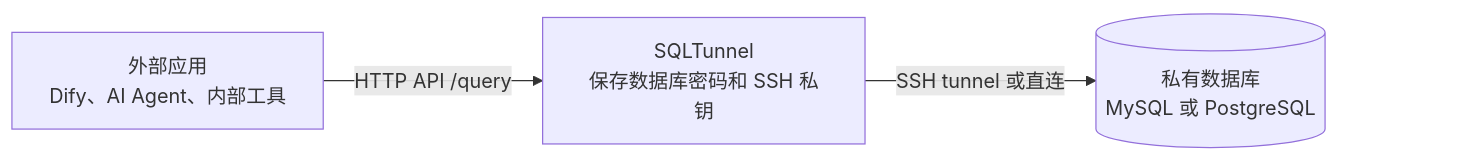
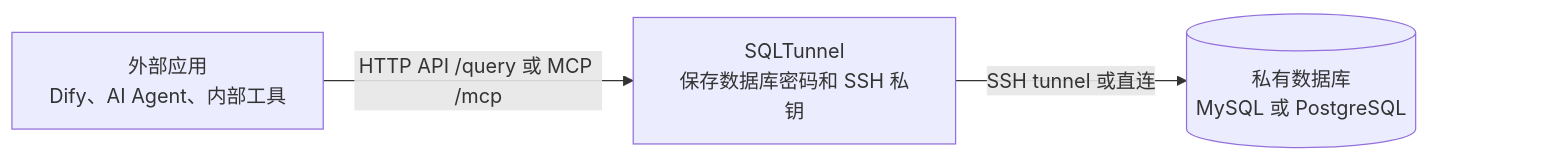
The diagram in README.zh-CN.md (NemoAlex/SQLTunnel), drawn with Mermaid before and after one commit. The commit also changed other lines of this file and 19 other files, not shown here.

Commit message:
feat: add MCP and schema discovery

````diff
--- a/README.zh-CN.md
+++ b/README.zh-CN.md
@@ -26,14 +27,14 @@
 ```mermaid
 flowchart LR
   ExternalApp["外部应用<br/>Dify、AI Agent、内部工具"]
   SQLTunnel["SQLTunnel<br/>保存数据库密码和 SSH 私钥"]
   Database[("私有数据库<br/>MySQL 或 PostgreSQL")]
   Padding[" "]
 
-  ExternalApp -->|"HTTP API /query"| SQLTunnel
+  ExternalApp -->|"HTTP API /query 或 MCP /mcp"| SQLTunnel
   SQLTunnel -->|"SSH tunnel 或直连"| Database
   Database ~~~ Padding
 
   style Padding fill:transparent,stroke:transparent
   linkStyle 2 stroke:transparent
 ```
````
